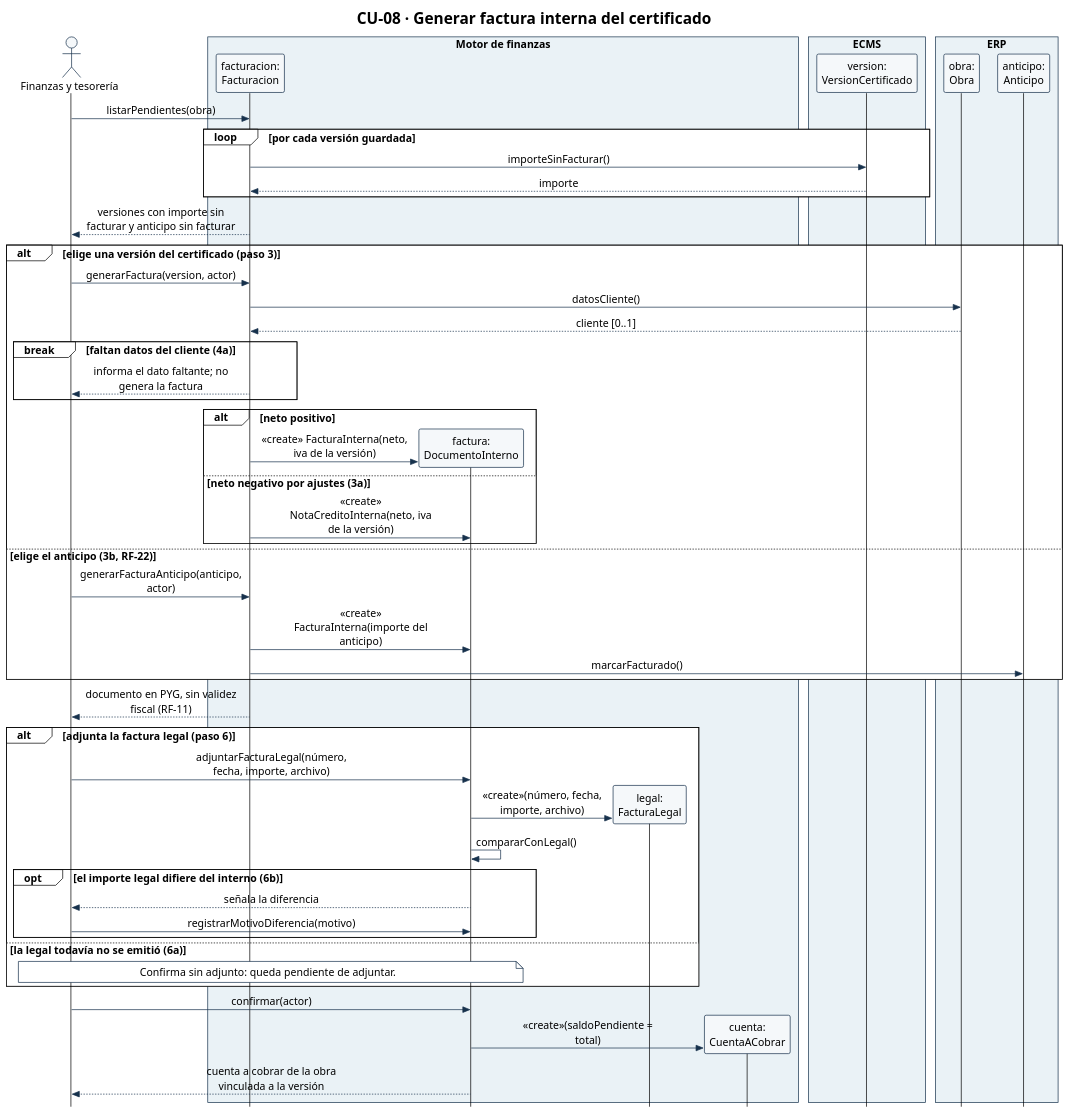
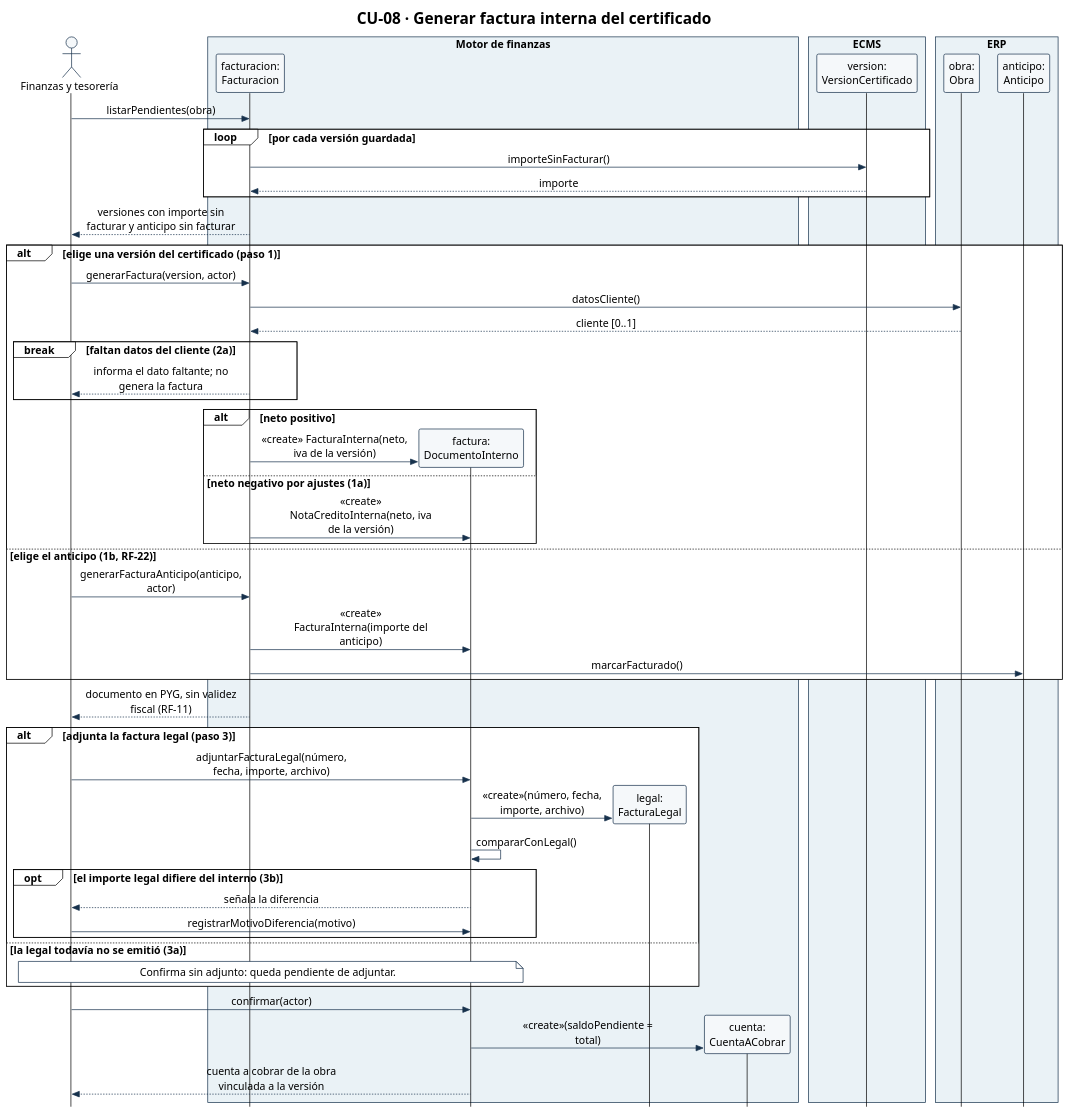
Before and after one commit to Ssrrb/tpf-uca: the diagram in diagramas/CU-08-secuencia.puml, drawn with PlantUML. The commit also changed 12 other files, not shown here.

```diff
--- a/diagramas/CU-08-secuencia.puml
+++ b/diagramas/CU-08-secuencia.puml
@@ -1,83 +1,83 @@
 @startuml
 !theme plain
 skinparam style strictuml
 skinparam shadowing false
 skinparam defaultFontName Arial
 skinparam defaultFontSize 15
 skinparam sequenceMessageAlign center
 skinparam maxMessageSize 220
 skinparam ParticipantPadding 8
 skinparam BoxPadding 6
 skinparam ParticipantBackgroundColor #F5F8FA
 skinparam ParticipantBorderColor #17324D
 skinparam ActorBorderColor #17324D
 skinparam ActorBackgroundColor #F5F8FA
 skinparam ArrowColor #17324D
 skinparam SequenceBoxBorderColor #17324D
 skinparam note {
   BackgroundColor #FFFFFF
   BorderColor #17324D
 }
 hide footbox
 title CU-08 · Generar factura interna del certificado
 actor "Finanzas y tesorería" as Fin
 box "Motor de finanzas" #EAF2F6
 participant "facturacion:\nFacturacion" as Fac
 participant "factura:\nDocumentoInterno" as Doc
 participant "legal:\nFacturaLegal" as Leg
 participant "cuenta:\nCuentaACobrar" as CxC
 end box
 box "ECMS" #EAF2F6
 participant "version:\nVersionCertificado" as V
 end box
 box "ERP" #EAF2F6
 participant "obra:\nObra" as Obra
 participant "anticipo:\nAnticipo" as Ant
 end box
 
 Fin -> Fac: listarPendientes(obra)
 loop por cada versión guardada
   Fac -> V: importeSinFacturar()
   V --> Fac: importe
 end
 Fac --> Fin: versiones con importe sin facturar y anticipo sin facturar
 
-alt elige una versión del certificado (paso 3)
+alt elige una versión del certificado (paso 1)
   Fin -> Fac: generarFactura(version, actor)
   Fac -> Obra: datosCliente()
   Obra --> Fac: cliente [0..1]
-  break faltan datos del cliente (4a)
+  break faltan datos del cliente (2a)
     Fac --> Fin: informa el dato faltante; no genera la factura
   end
   alt neto positivo
     create Doc
     Fac -> Doc: «create» FacturaInterna(neto, iva de la versión)
-  else neto negativo por ajustes (3a)
+  else neto negativo por ajustes (1a)
     Fac -> Doc: «create» NotaCreditoInterna(neto, iva de la versión)
   end
-else elige el anticipo (3b, RF-22)
+else elige el anticipo (1b, RF-22)
   Fin -> Fac: generarFacturaAnticipo(anticipo, actor)
   Fac -> Doc: «create» FacturaInterna(importe del anticipo)
   Fac -> Ant: marcarFacturado()
 end
 Fac --> Fin: documento en PYG, sin validez fiscal (RF-11)
 
-alt adjunta la factura legal (paso 6)
+alt adjunta la factura legal (paso 3)
   Fin -> Doc: adjuntarFacturaLegal(número, fecha, importe, archivo)
   create Leg
   Doc -> Leg: «create»(número, fecha, importe, archivo)
   Doc -> Doc: compararConLegal()
-  opt el importe legal difiere del interno (6b)
+  opt el importe legal difiere del interno (3b)
     Doc --> Fin: señala la diferencia
     Fin -> Doc: registrarMotivoDiferencia(motivo)
   end
-else la legal todavía no se emitió (6a)
+else la legal todavía no se emitió (3a)
   note over Fin, Doc
     Confirma sin adjunto: queda pendiente de adjuntar.
   end note
 end
 Fin -> Doc: confirmar(actor)
 create CxC
 Doc -> CxC: «create»(saldoPendiente = total)
 Doc --> Fin: cuenta a cobrar de la obra vinculada a la versión
 @enduml
```
